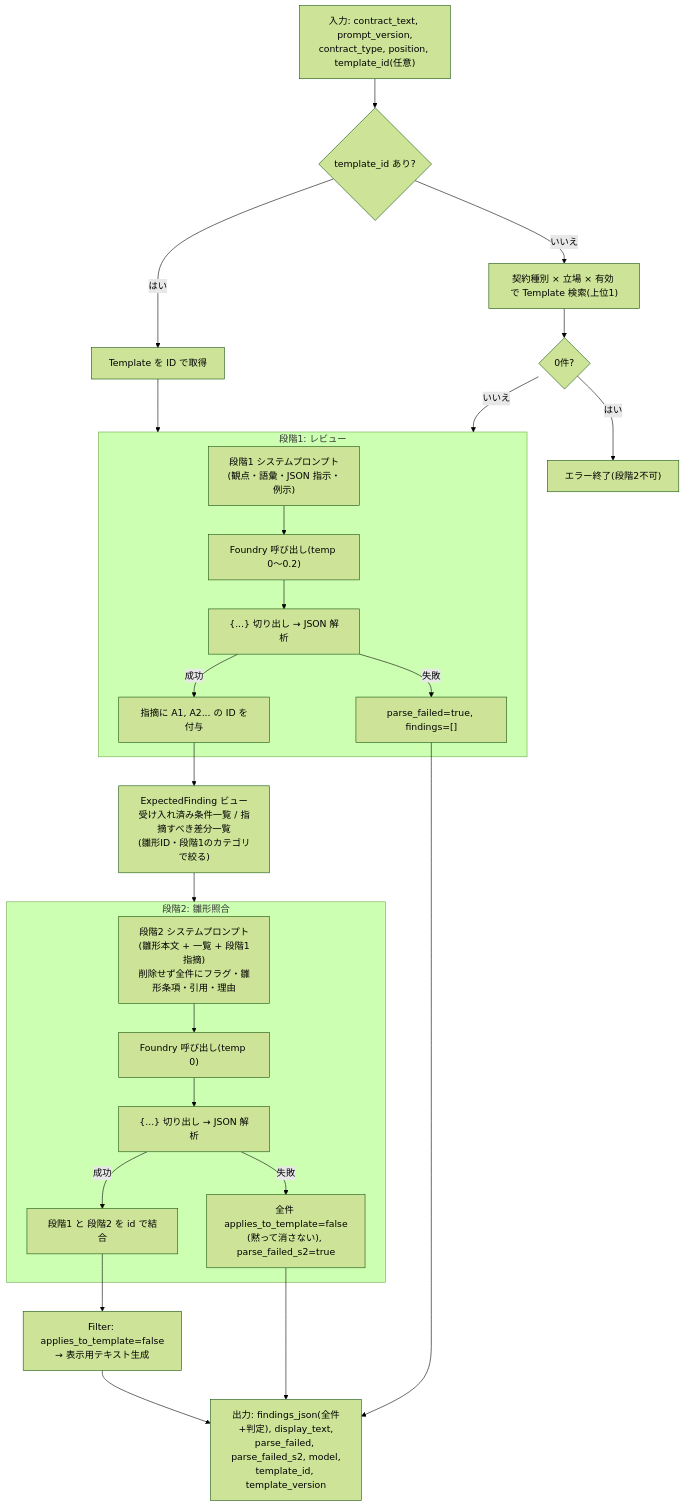
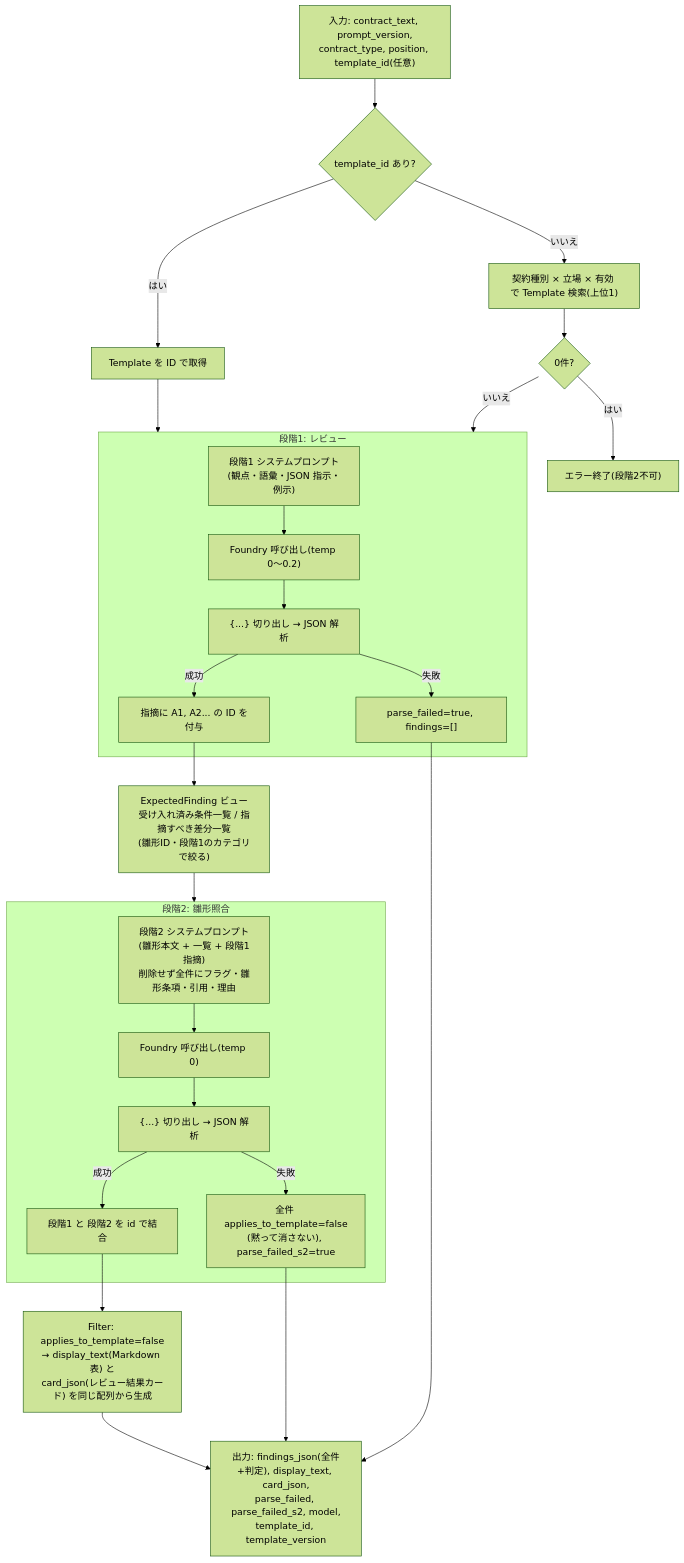
The fifth of 14 diagrams in docs/09-diagrams.md (goro012/claude_code_test), drawn with Mermaid (forest theme) before and after one commit. The commit also changed other lines of this file and 7 other files, not shown here.

````diff
--- a/docs/09-diagrams.md
+++ b/docs/09-diagrams.md
@@ -190,32 +190,32 @@
 ```mermaid
 flowchart TD
     IN["入力: contract_text, prompt_version,\ncontract_type, position, template_id(任意)"] --> T{"template_id あり?"}
     T -->|"はい"| TG["Template を ID で取得"]
     T -->|"いいえ"| TS["契約種別 × 立場 × 有効 で Template 検索(上位1)"]
     TS --> TE{"0件?"}
     TE -->|"はい"| ERR["エラー終了(段階2不可)"]
     TE -->|"いいえ"| S1
     TG --> S1
 
     subgraph S1["段階1: レビュー"]
         P1["段階1 システムプロンプト\n(観点・語彙・JSON 指示・例示)"] --> C1["Foundry 呼び出し(temp 0〜0.2)"]
         C1 --> J1["{...} 切り出し → JSON 解析"]
         J1 -->|"失敗"| PF1["parse_failed=true, findings=[]"]
         J1 -->|"成功"| ID1["指摘に A1, A2... の ID を付与"]
     end
 
     ID1 --> ACC["ExpectedFinding ビュー\n受け入れ済み条件一覧 / 指摘すべき差分一覧\n(雛形ID・段階1のカテゴリで絞る)"]
     ACC --> S2
 
     subgraph S2["段階2: 雛形照合"]
         P2["段階2 システムプロンプト\n(雛形本文 + 一覧 + 段階1指摘)\n削除せず全件にフラグ・雛形条項・引用・理由"] --> C2["Foundry 呼び出し(temp 0)"]
         C2 --> J2["{...} 切り出し → JSON 解析"]
         J2 -->|"失敗"| PF2["全件 applies_to_template=false\n(黙って消さない), parse_failed_s2=true"]
         J2 -->|"成功"| MG["段階1 と 段階2 を id で結合"]
     end
 
     PF1 --> OUT
     PF2 --> OUT
-    MG --> DISP["Filter: applies_to_template=false\n→ 表示用テキスト生成"]
-    DISP --> OUT["出力: findings_json(全件+判定), display_text,\nparse_failed, parse_failed_s2, model,\ntemplate_id, template_version"]
+    MG --> DISP["Filter: applies_to_template=false\n→ display_text(Markdown 表) と\ncard_json(レビュー結果カード) を同じ配列から生成"]
+    DISP --> OUT["出力: findings_json(全件+判定), display_text, card_json,\nparse_failed, parse_failed_s2, model,\ntemplate_id, template_version"]
 ```
````
